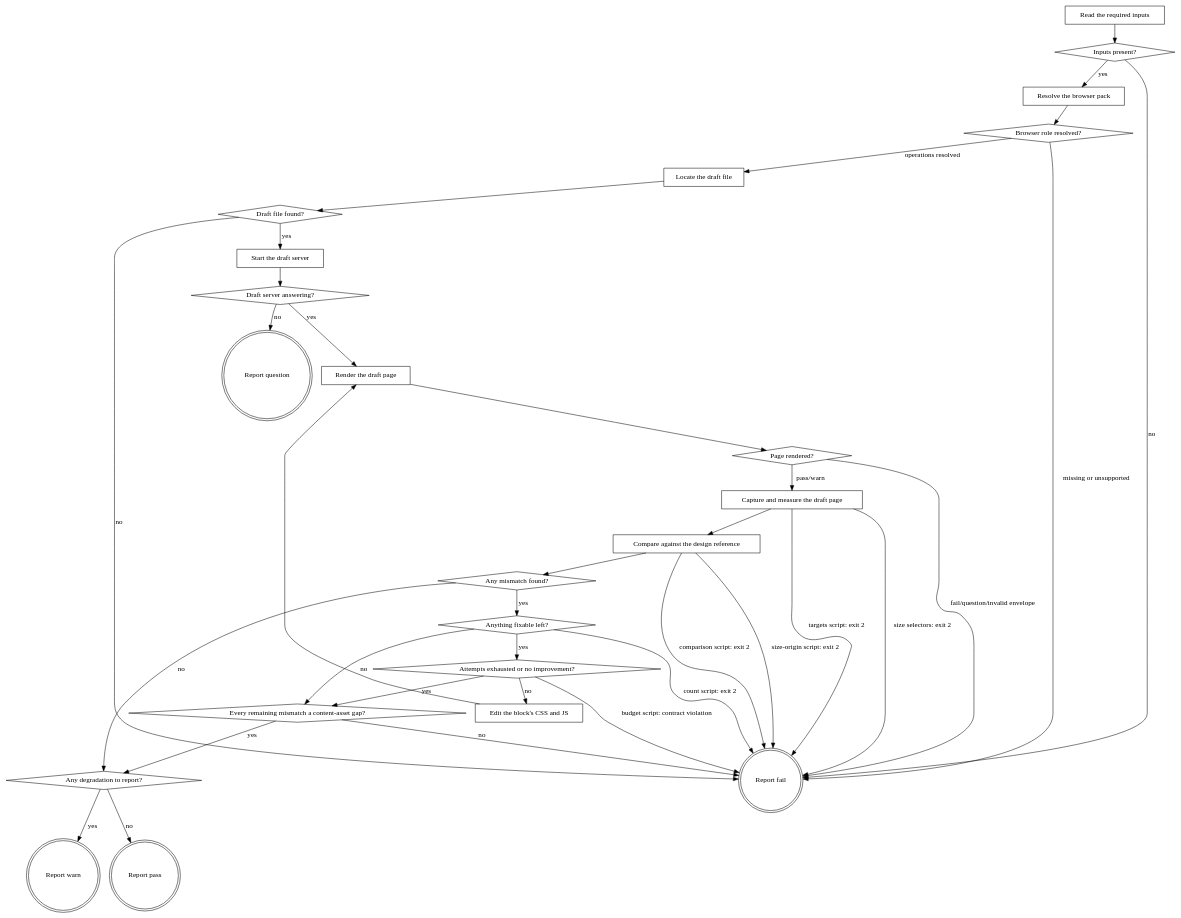
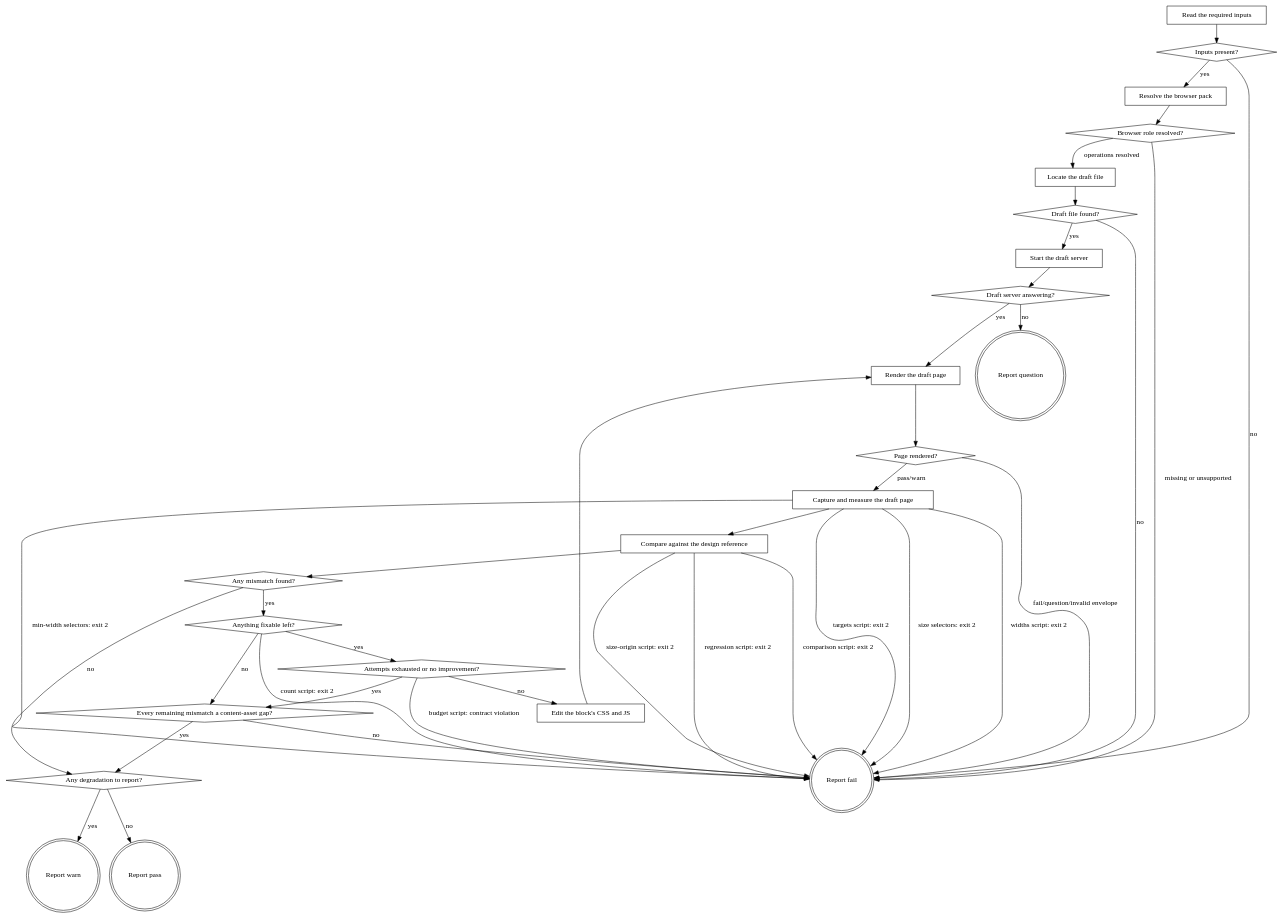
Before and after one commit to agenticDraft/aem-eds-ai-workflow-demo: the diagram in plugins/eds/skills/eds-verify-design/SKILL.md, drawn with Graphviz. The commit also changed other lines of this file and 8 other files, not shown here.

````diff
--- a/plugins/eds/skills/eds-verify-design/SKILL.md
+++ b/plugins/eds/skills/eds-verify-design/SKILL.md
@@ -61,61 +63,64 @@
 ```dot
 digraph eds_verify_design {
     "Read the required inputs" [shape=box];
     "Inputs present?" [shape=diamond];
     "Resolve the browser pack" [shape=box];
     "Browser role resolved?" [shape=diamond];
     "Locate the draft file" [shape=box];
     "Draft file found?" [shape=diamond];
     "Start the draft server" [shape=box];
     "Draft server answering?" [shape=diamond];
     "Render the draft page" [shape=box];
     "Page rendered?" [shape=diamond];
     "Capture and measure the draft page" [shape=box];
     "Compare against the design reference" [shape=box];
     "Any mismatch found?" [shape=diamond];
     "Anything fixable left?" [shape=diamond];
     "Attempts exhausted or no improvement?" [shape=diamond];
     "Every remaining mismatch a content-asset gap?" [shape=diamond];
     "Edit the block's CSS and JS" [shape=box];
     "Any degradation to report?" [shape=diamond];
     "Report fail" [shape=doublecircle];
     "Report question" [shape=doublecircle];
     "Report warn" [shape=doublecircle];
     "Report pass" [shape=doublecircle];
 
     "Read the required inputs" -> "Inputs present?";
     "Inputs present?" -> "Resolve the browser pack" [label="yes"];
     "Inputs present?" -> "Report fail" [label="no"];
     "Resolve the browser pack" -> "Browser role resolved?";
     "Browser role resolved?" -> "Locate the draft file" [label="operations resolved"];
     "Browser role resolved?" -> "Report fail" [label="missing or unsupported"];
     "Locate the draft file" -> "Draft file found?";
     "Draft file found?" -> "Start the draft server" [label="yes"];
     "Draft file found?" -> "Report fail" [label="no"];
     "Start the draft server" -> "Draft server answering?";
     "Draft server answering?" -> "Render the draft page" [label="yes"];
     "Draft server answering?" -> "Report question" [label="no"];
     "Render the draft page" -> "Page rendered?";
     "Page rendered?" -> "Capture and measure the draft page" [label="pass/warn"];
     "Page rendered?" -> "Report fail" [label="fail/question/invalid envelope"];
     "Capture and measure the draft page" -> "Compare against the design reference";
     "Capture and measure the draft page" -> "Report fail" [label="targets script: exit 2"];
     "Capture and measure the draft page" -> "Report fail" [label="size selectors: exit 2"];
+    "Capture and measure the draft page" -> "Report fail" [label="widths script: exit 2"];
+    "Capture and measure the draft page" -> "Report fail" [label="min-width selectors: exit 2"];
     "Compare against the design reference" -> "Any mismatch found?";
     "Compare against the design reference" -> "Report fail" [label="comparison script: exit 2"];
     "Compare against the design reference" -> "Report fail" [label="size-origin script: exit 2"];
+    "Compare against the design reference" -> "Report fail" [label="regression script: exit 2"];
     "Any mismatch found?" -> "Any degradation to report?" [label="no"];
     "Any mismatch found?" -> "Anything fixable left?" [label="yes"];
     "Anything fixable left?" -> "Attempts exhausted or no improvement?" [label="yes"];
     "Anything fixable left?" -> "Every remaining mismatch a content-asset gap?" [label="no"];
     "Anything fixable left?" -> "Report fail" [label="count script: exit 2"];
     "Attempts exhausted or no improvement?" -> "Every remaining mismatch a content-asset gap?" [label="yes"];
     "Attempts exhausted or no improvement?" -> "Edit the block's CSS and JS" [label="no"];
     "Attempts exhausted or no improvement?" -> "Report fail" [label="budget script: contract violation"];
     "Every remaining mismatch a content-asset gap?" -> "Any degradation to report?" [label="yes"];
     "Every remaining mismatch a content-asset gap?" -> "Report fail" [label="no"];
     "Edit the block's CSS and JS" -> "Render the draft page";
     "Any degradation to report?" -> "Report warn" [label="yes"];
     "Any degradation to report?" -> "Report pass" [label="no"];
 }
 ```
````
